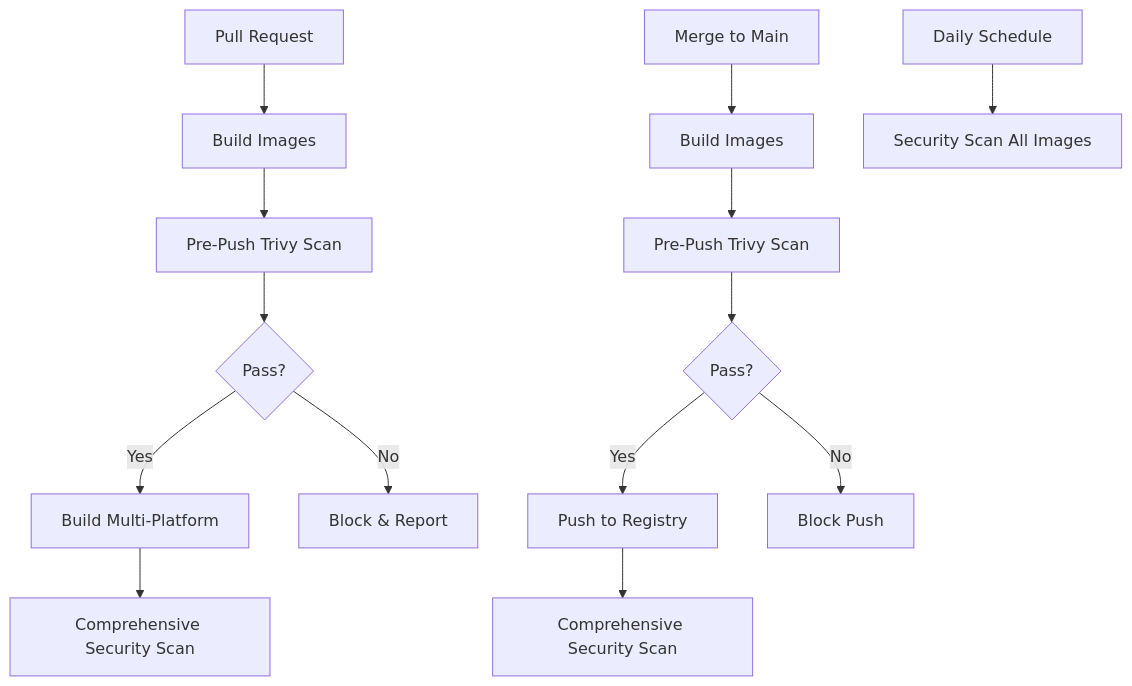
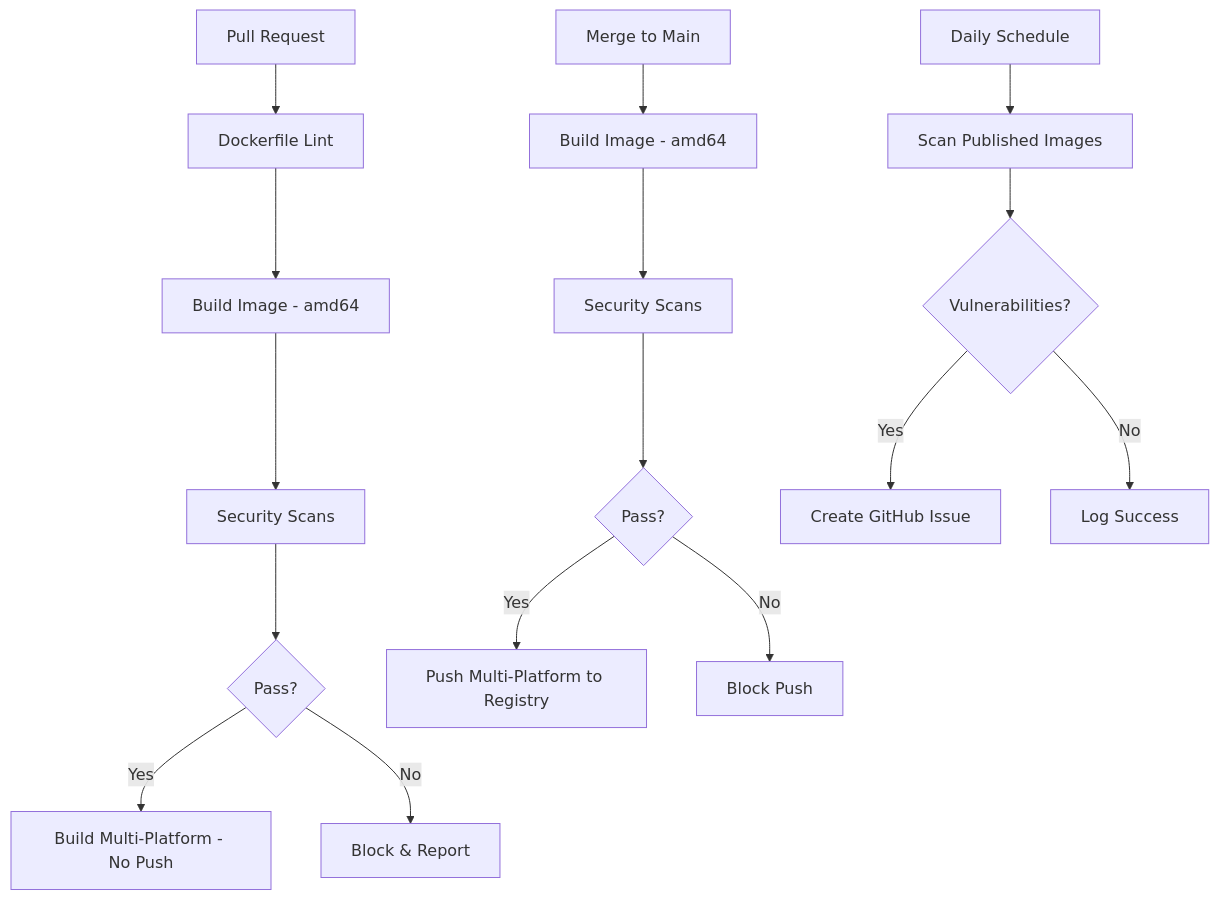
Before and after one commit to titaniumlabsoss/hardened-images: the diagram in docs/SECURITY_SCANNING.md, drawn with Mermaid. The commit also changed other lines of this file and 11 other files, not shown here.

````diff
--- a/docs/SECURITY_SCANNING.md
+++ b/docs/SECURITY_SCANNING.md
@@ -44,18 +54,20 @@
 ```mermaid
 graph TD
-    A[Pull Request] --> B[Build Images]
-    B --> C[Pre-Push Trivy Scan]
-    C --> D{Pass?}
-    D -->|Yes| E[Build Multi-Platform]
-    D -->|No| F[Block & Report]
-    E --> G[Comprehensive Security Scan]
-    
-    H[Merge to Main] --> I[Build Images]
-    I --> J[Pre-Push Trivy Scan]
-    J --> K{Pass?}
-    K -->|Yes| L[Push to Registry]
-    K -->|No| M[Block Push]
-    L --> N[Comprehensive Security Scan]
-    
-    O[Daily Schedule] --> P[Security Scan All Images]
+    A[Pull Request] --> B[Dockerfile Lint]
+    B --> C[Build Image - amd64]
+    C --> D[Security Scans]
+    D --> E{Pass?}
+    E -->|Yes| F[Build Multi-Platform - No Push]
+    E -->|No| G[Block & Report]
+
+    H[Merge to Main] --> J[Build Image - amd64]
+    J --> K[Security Scans]
+    K --> L{Pass?}
+    L -->|Yes| M[Push Multi-Platform to Registry]
+    L -->|No| N[Block Push]
+
+    O[Daily Schedule] --> P[Scan Published Images]
+    P --> Q{Vulnerabilities?}
+    Q -->|Yes| R[Create GitHub Issue]
+    Q -->|No| S[Log Success]
 ```
````
